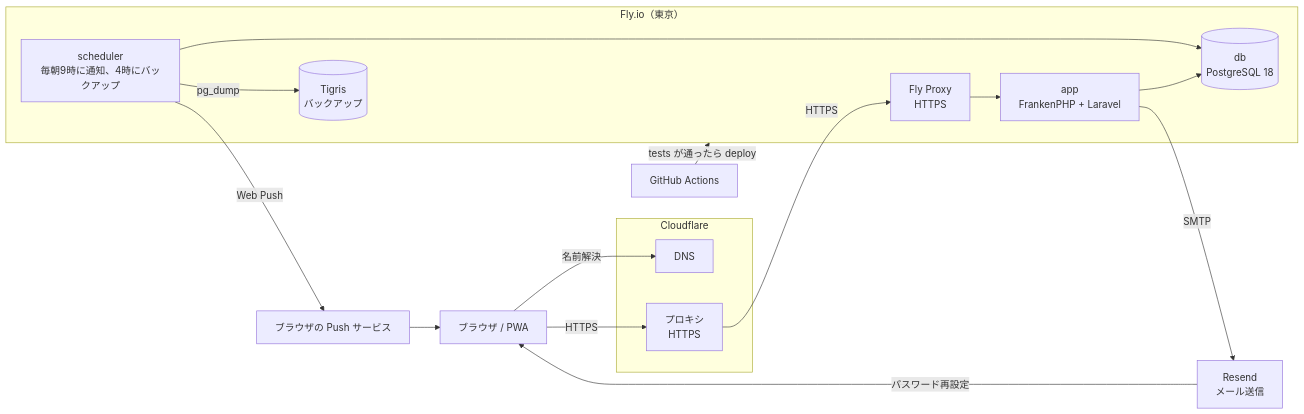
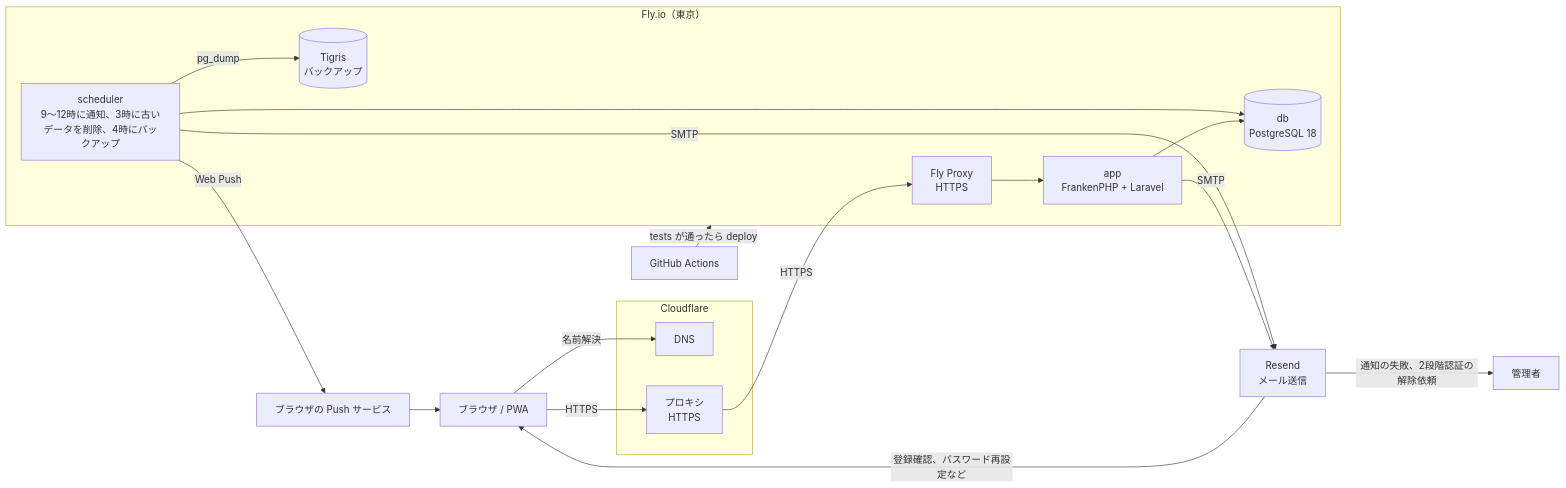
The diagram in README.md (YUTOKONISHI/stock-reminder), drawn with Mermaid before and after one commit. The commit also changed other lines of this file, not shown here.

Commit message:
README の構成図と Push 通知の説明を今の姿に合わせる (#78)
* README の構成図と Push 通知の説明を今の姿に合わせる

scheduler の仕事に12時までの送り直しと3時の古いデータ削除を足し、
メールの流れに登録確認などと管理者への通知を足す。

* README の使用技術の表で「画面」を「フロントエンド」にする

* README の使用技術の表で「サーバ」を「バックエンド」にする

---------

````diff
--- a/README.md
+++ b/README.md
@@ -37,29 +37,33 @@
 ```mermaid
 flowchart LR
     user["ブラウザ / PWA"]
 
     subgraph cf["Cloudflare"]
         dns["DNS"]
         cdn["プロキシ<br>HTTPS"]
     end
 
     subgraph fly["Fly.io（東京）"]
         proxy["Fly Proxy<br>HTTPS"]
         app["app<br>FrankenPHP + Laravel"]
-        scheduler["scheduler<br>毎朝9時に通知、4時にバックアップ"]
+        scheduler["scheduler<br>9〜12時に通知、3時に古いデータを削除、4時にバックアップ"]
         db[("db<br>PostgreSQL 18")]
         tigris[("Tigris<br>バックアップ")]
     end
 
     resend["Resend<br>メール送信"]
     push["ブラウザの Push サービス"]
     gha["GitHub Actions"]
+    admin["管理者"]
 
     user -->|名前解決| dns
     user -->|HTTPS| cdn -->|HTTPS| proxy --> app --> db
     scheduler --> db
     scheduler -->|pg_dump| tigris
     scheduler -->|Web Push| push --> user
-    app -->|SMTP| resend -->|パスワード再設定| user
+    app -->|SMTP| resend
+    scheduler -->|SMTP| resend
+    resend -->|登録確認、パスワード再設定など| user
+    resend -->|通知の失敗、2段階認証の解除依頼| admin
     gha -->|tests が通ったら deploy| fly
 ```
````
